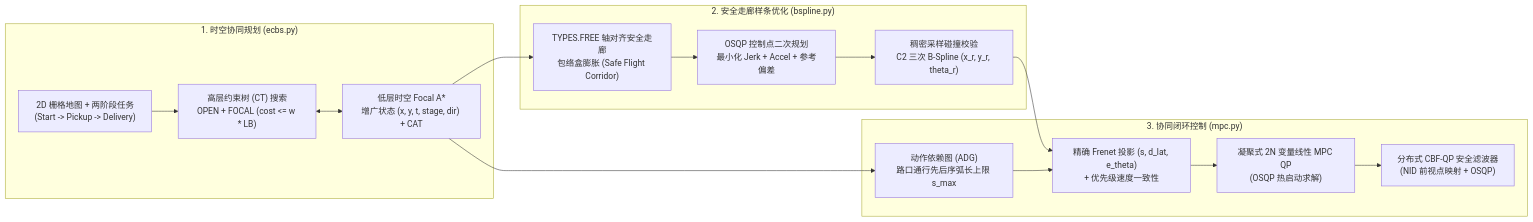
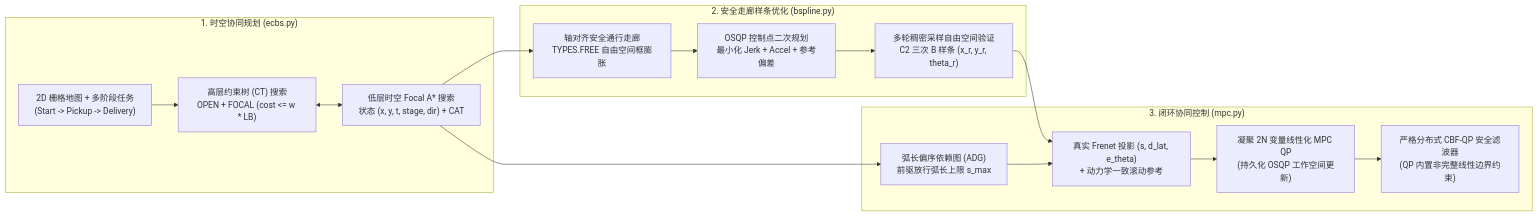
Before and after one commit to Urami0421/multi-agv-ecbs-consensus-mpc: the diagram in README_zh.md, drawn with Mermaid. The commit also changed other lines of this file and 2 other files, not shown here.

````diff
--- a/README_zh.md
+++ b/README_zh.md
@@ -43,21 +43,21 @@
 ```mermaid
 flowchart LR
     subgraph L1["1. 时空协同规划 (ecbs.py)"]
-        A1["2D 栅格地图 + 两阶段任务\n(Start -> Pickup -> Delivery)"] --> A2["高层约束树 (CT) 搜索\nOPEN + FOCAL (cost <= w * LB)"]
-        A2 <--> A3["低层时空 Focal A*\n增广状态 (x, y, t, stage, dir) + CAT"]
+        A1["2D 栅格地图 + 多阶段任务\n(Start -> Pickup -> Delivery)"] --> A2["高层约束树 (CT) 搜索\nOPEN + FOCAL (cost <= w * LB)"]
+        A2 <--> A3["低层时空 Focal A* 搜索\n状态 (x, y, t, stage, dir) + CAT"]
     end
 
     subgraph L2["2. 安全走廊样条优化 (bspline.py)"]
-        A3 --> B1["TYPES.FREE 轴对齐安全走廊\n包络盒膨胀 (Safe Flight Corridor)"]
+        A3 --> B1["轴对齐安全通行走廊\nTYPES.FREE 自由空间框膨胀"]
         B1 --> B2["OSQP 控制点二次规划\n最小化 Jerk + Accel + 参考偏差"]
-        B2 --> B3["稠密采样碰撞校验\nC2 三次 B-Spline (x_r, y_r, theta_r)"]
+        B2 --> B3["多轮稠密采样自由空间验证\nC2 三次 B 样条 (x_r, y_r, theta_r)"]
     end
 
-    subgraph L3["3. 协同闭环控制 (mpc.py)"]
-        A3 --> C0["动作依赖图 (ADG)\n路口通行先后序弧长上限 s_max"]
-        B3 --> C1["精确 Frenet 投影 (s, d_lat, e_theta)\n+ 优先级速度一致性"]
+    subgraph L3["3. 闭环协同控制 (mpc.py)"]
+        A3 --> C0["弧长偏序依赖图 (ADG)\n前驱放行弧长上限 s_max"]
+        B3 --> C1["真实 Frenet 投影 (s, d_lat, e_theta)\n+ 动力学一致滚动参考"]
         C0 --> C1
-        C1 --> C2["凝聚式 2N 变量线性 MPC QP\n(OSQP 热启动求解)"]
-        C2 --> C3["分布式 CBF-QP 安全滤波器\n(NID 前视点映射 + OSQP)"]
+        C1 --> C2["凝聚 2N 变量线性化 MPC QP\n(持久化 OSQP 工作空间更新)"]
+        C2 --> C3["严格分布式 CBF-QP 安全滤波器\n(QP 内置非完整线性边界约束)"]
     end
 ```
````
